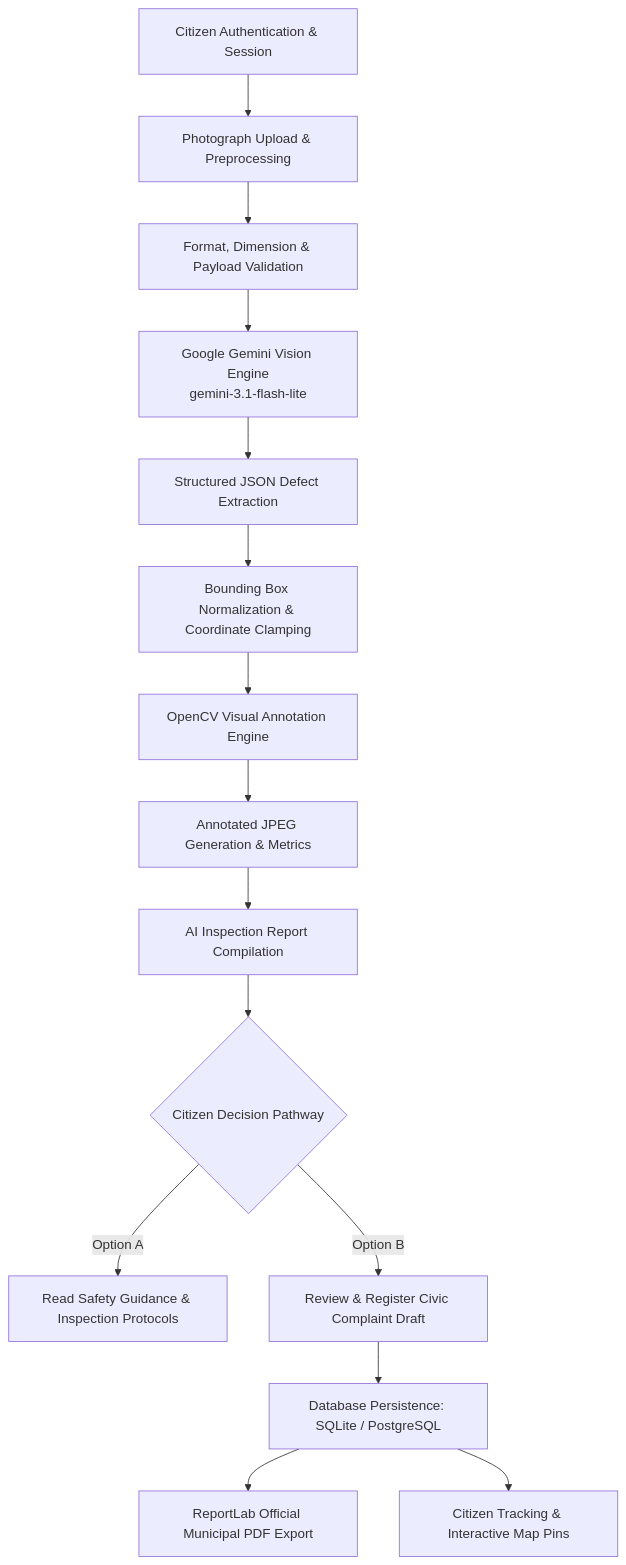
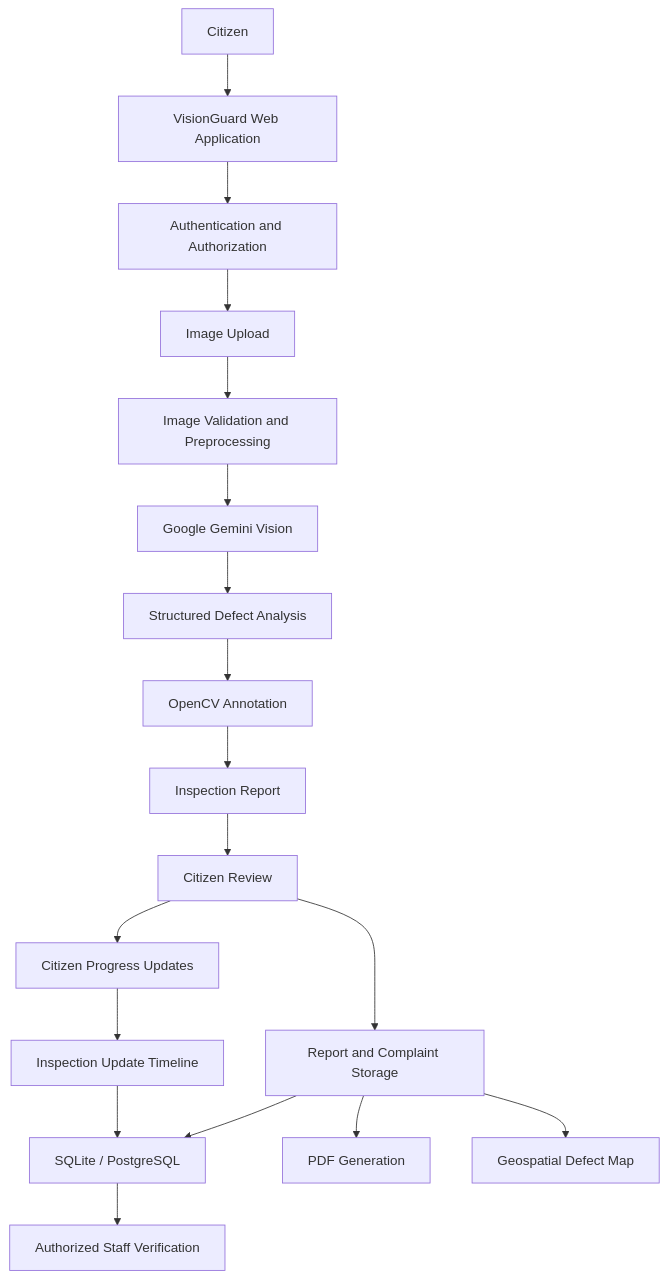
Before and after one commit to szeeshanZ123/visionGuard: the first of 2 diagrams in README.md, drawn with Mermaid. The commit also changed other lines of this file, not shown here.

````diff
--- a/README.md
+++ b/README.md
@@ -37,17 +279,23 @@
 ```mermaid
 flowchart TD
-    A[Citizen Authentication & Session] --> B[Photograph Upload & Preprocessing]
-    B --> C[Format, Dimension & Payload Validation]
-    C --> D[Google Gemini Vision Engine\ngemini-3.1-flash-lite]
-    D --> E[Structured JSON Defect Extraction]
-    E --> F[Bounding Box Normalization & Coordinate Clamping]
-    F --> G[OpenCV Visual Annotation Engine]
-    G --> H[Annotated JPEG Generation & Metrics]
-    H --> I[AI Inspection Report Compilation]
-    I --> J{Citizen Decision Pathway}
-    J -->|Option A| K[Read Safety Guidance & Inspection Protocols]
-    J -->|Option B| L[Review & Register Civic Complaint Draft]
-    L --> M[Database Persistence: SQLite / PostgreSQL]
-    M --> N[ReportLab Official Municipal PDF Export]
-    M --> O[Citizen Tracking & Interactive Map Pins]
+    A[Citizen] --> B[VisionGuard Web Application]
+    B --> C[Authentication and Authorization]
+    C --> D[Image Upload]
+    D --> E[Image Validation and Preprocessing]
+    E --> F[Google Gemini Vision]
+    F --> G[Structured Defect Analysis]
+    G --> H[OpenCV Annotation]
+    H --> I[Inspection Report]
+    I --> J[Citizen Review]
+
+    J --> K[Report and Complaint Storage]
+    K --> L[SQLite / PostgreSQL]
+    K --> M[PDF Generation]
+    K --> N[Geospatial Defect Map]
+
+    J --> O[Citizen Progress Updates]
+    O --> P[Inspection Update Timeline]
+    P --> L
+
+    L --> Q[Authorized Staff Verification]
 ```
````
